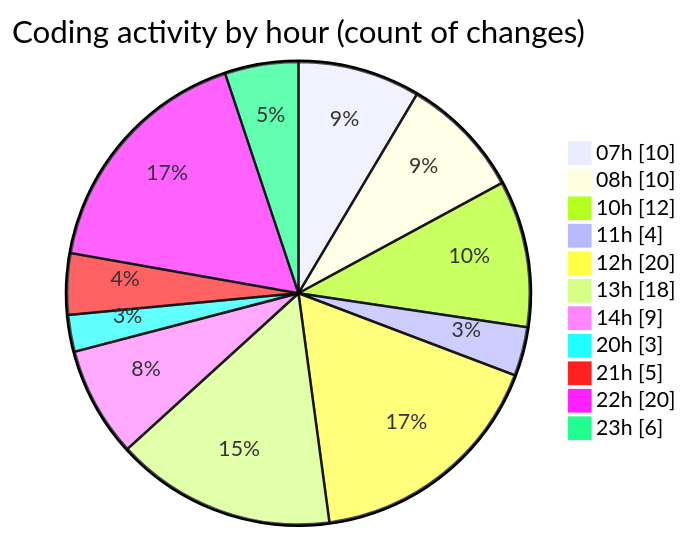
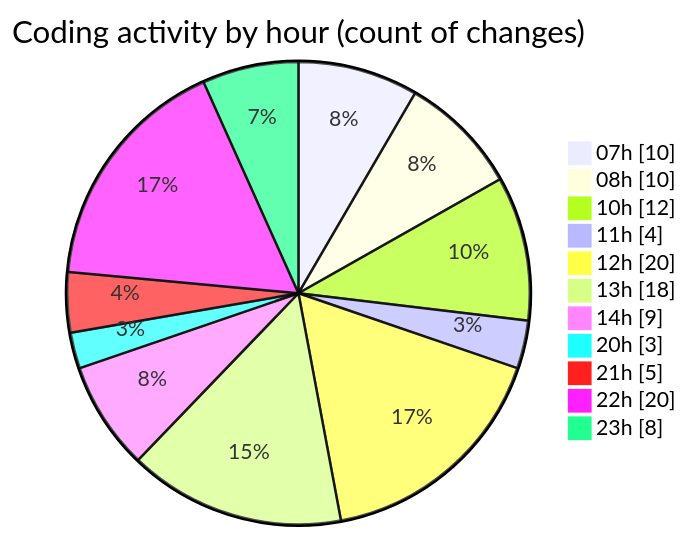
Before and after one commit to tmsrecording-cyber/code-tracking: the second of 2 diagrams in 2026-02-08/singularitybrainai/README.md, drawn with Mermaid. The commit also changed other lines of this file and 1 other file, not shown here.

````diff
--- a/2026-02-08/singularitybrainai/README.md
+++ b/2026-02-08/singularitybrainai/README.md
@@ -49,15 +49,15 @@
 ```mermaid
 pie showData
 title Coding activity by hour (count of changes)
 "07h" : 10
 "08h" : 10
 "10h" : 12
 "11h" : 4
 "12h" : 20
 "13h" : 18
 "14h" : 9
 "20h" : 3
 "21h" : 5
 "22h" : 20
-"23h" : 6
+"23h" : 8
 ```
````
